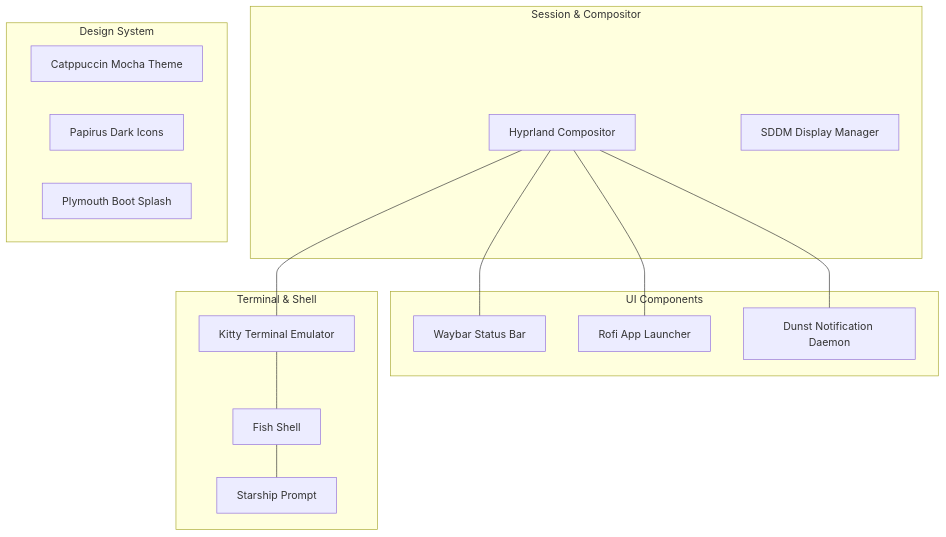
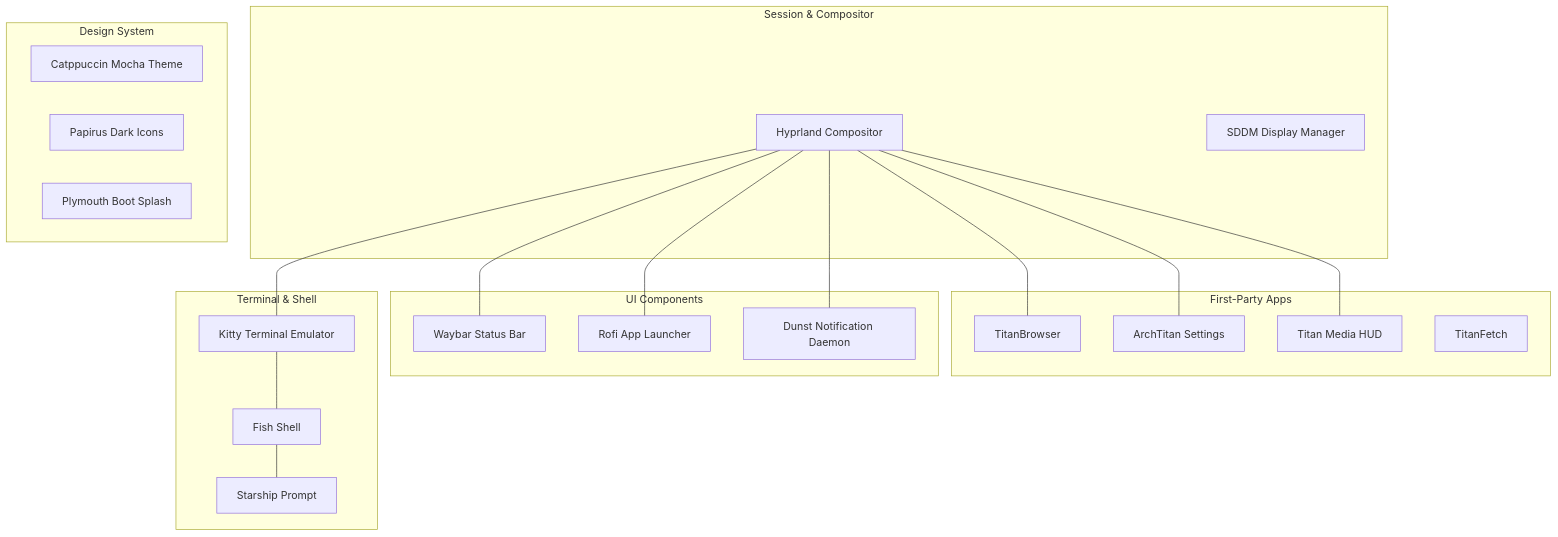
One commit to GitGuru29/archtitan-os changed the diagram in wiki/Desktop-Environment.md. Above: the diagram before and after it, drawn with Mermaid. The commit also changed other lines of this file and 13 other files, not shown here.

Commit message:
docs(wiki): update wiki documentation with latest components and architectural details

````diff
--- a/wiki/Desktop-Environment.md
+++ b/wiki/Desktop-Environment.md
@@ -9,32 +9,42 @@
 ```mermaid
 graph TD
     subgraph Core["Session & Compositor"]
         HYPR[Hyprland Compositor]
         SDDM[SDDM Display Manager]
+    end
+
+    subgraph Applications["First-Party Apps"]
+        TB[TitanBrowser]
+        TS_GUI[ArchTitan Settings]
+        HUD[Titan Media HUD]
+        TF[TitanFetch]
     end
 
     subgraph Interface["UI Components"]
         WAY[Waybar Status Bar]
         ROFI[Rofi App Launcher]
         DUNST[Dunst Notification Daemon]
     end
 
     subgraph Terminal["Terminal & Shell"]
         KITTY[Kitty Terminal Emulator]
         FISH[Fish Shell]
         STAR[Starship Prompt]
     end
 
     subgraph Theming["Design System"]
         CAT[Catppuccin Mocha Theme]
         PAP[Papirus Dark Icons]
         PLYM[Plymouth Boot Splash]
     end
 
     HYPR --- WAY
+    HYPR --- HUD
+    HYPR --- TB
+    HYPR --- TS_GUI
     HYPR --- ROFI
     HYPR --- DUNST
     HYPR --- KITTY
     KITTY --- FISH
     FISH --- STAR
 ```
````
